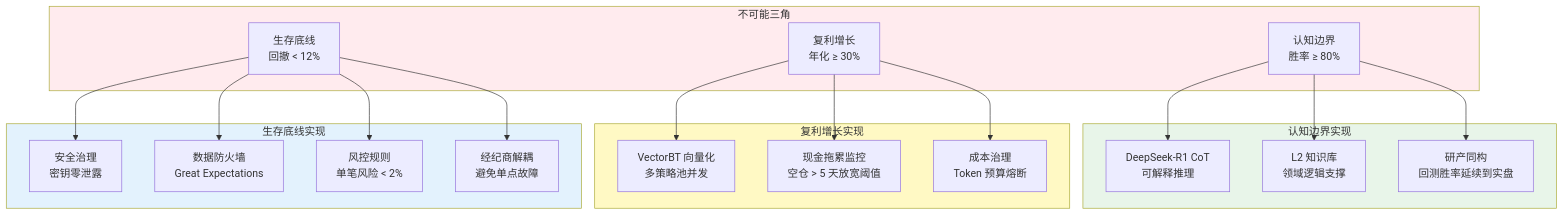
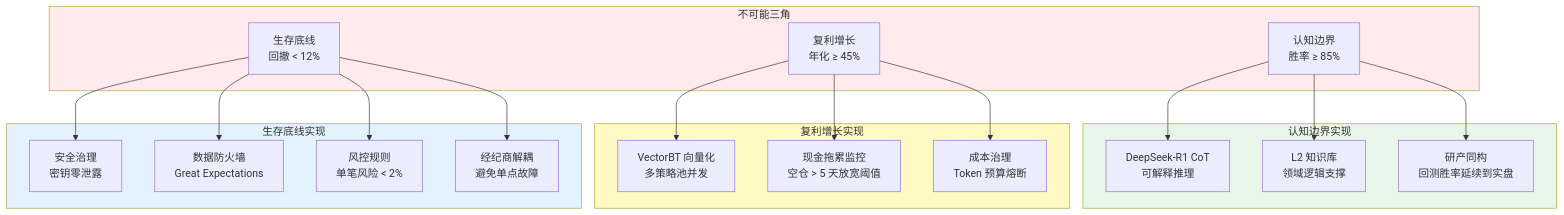
Before and after one commit to myxxhui/diting-doc: diagram 12 of 12 in 02_战略维度/产品设计/09_通俗易懂的逻辑链路图.md, drawn with Mermaid. The commit also changed other lines of this file and 39 other files, not shown here.

````diff
--- a/02_战略维度/产品设计/09_通俗易懂的逻辑链路图.md
+++ b/02_战略维度/产品设计/09_通俗易懂的逻辑链路图.md
@@ -490,45 +538,45 @@
 ```mermaid
 flowchart TB
     subgraph 三角[不可能三角]
-        T1[认知边界<br/>胜率 ≥ 80%]
-        T2[复利增长<br/>年化 ≥ 30%]
+        T1[认知边界<br/>胜率 ≥ 85%]
+        T2[复利增长<br/>年化 ≥ 45%]
         T3[生存底线<br/>回撤 < 12%]
     end
     
     subgraph 实现1[认知边界实现]
         I1[DeepSeek-R1 CoT<br/>可解释推理]
         I2[L2 知识库<br/>领域逻辑支撑]
         I3[研产同构<br/>回测胜率延续到实盘]
     end
     
     subgraph 实现2[复利增长实现]
         I4[VectorBT 向量化<br/>多策略池并发]
         I5[现金拖累监控<br/>空仓 > 5 天放宽阈值]
         I6[成本治理<br/>Token 预算熔断]
     end
     
     subgraph 实现3[生存底线实现]
         I7[安全治理<br/>密钥零泄露]
         I8[数据防火墙<br/>Great Expectations]
         I9[风控规则<br/>单笔风险 < 2%]
         I10[经纪商解耦<br/>避免单点故障]
     end
     
     T1 --> I1
     T1 --> I2
     T1 --> I3
     
     T2 --> I4
     T2 --> I5
     T2 --> I6
     
     T3 --> I7
     T3 --> I8
     T3 --> I9
     T3 --> I10
     
     style 三角 fill:#ffebee
     style 实现1 fill:#e8f5e9
     style 实现2 fill:#fff9c4
     style 实现3 fill:#e3f2fd
 ```
````
